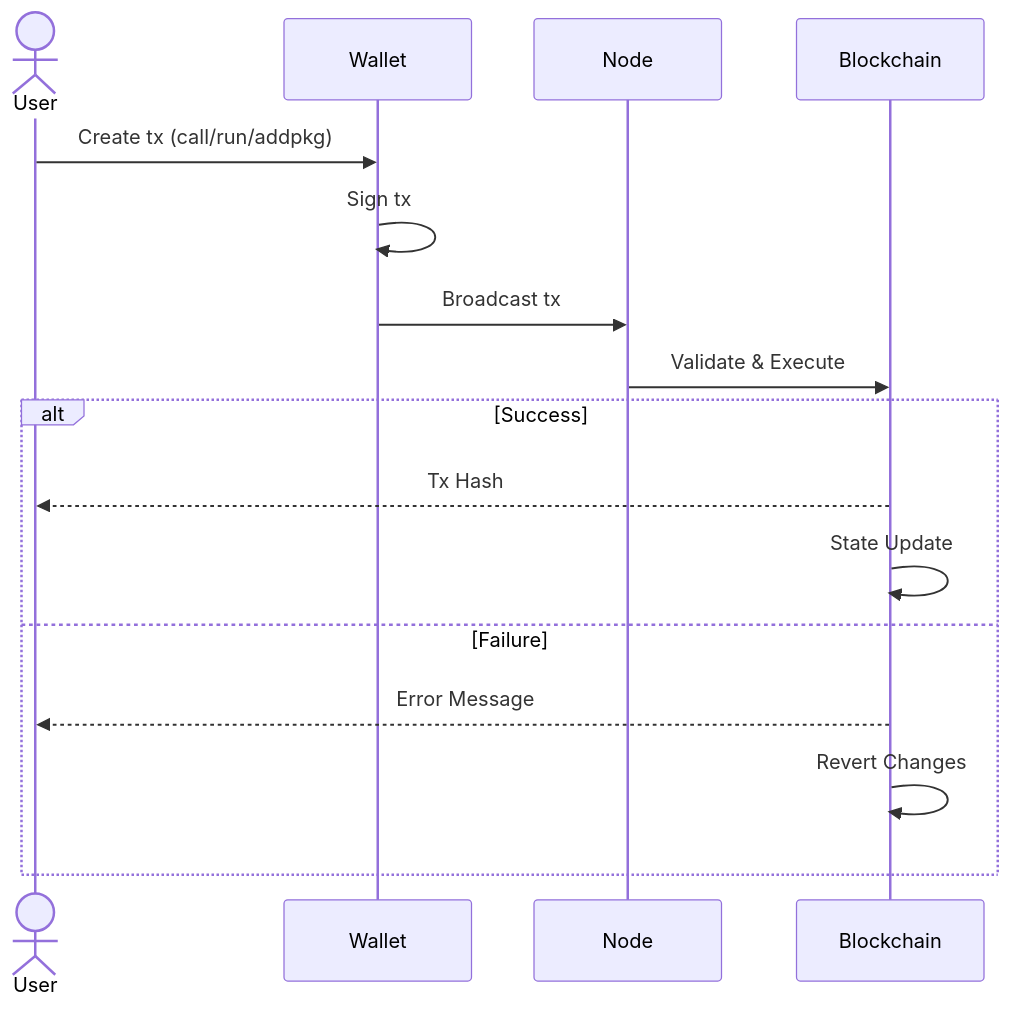
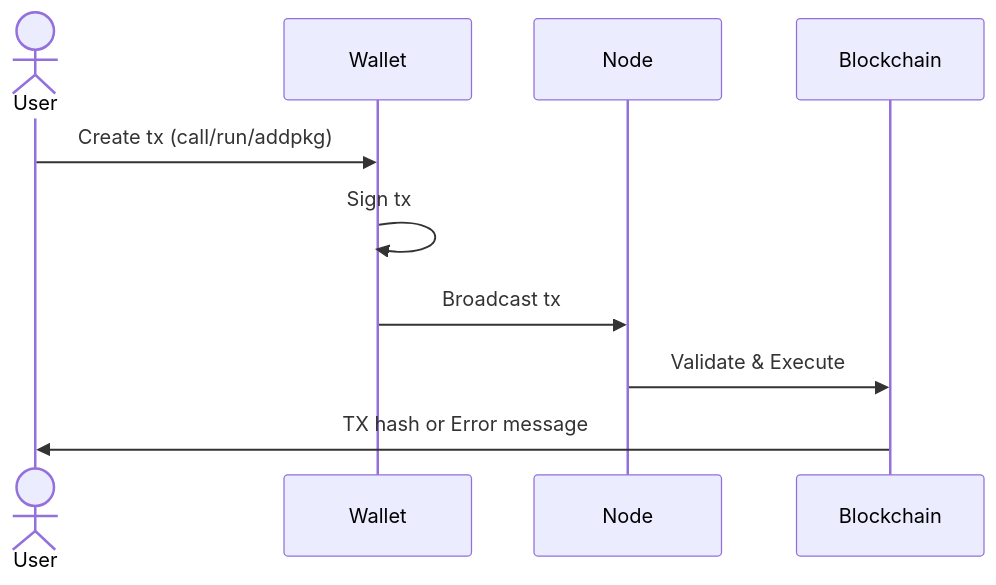
Before and after one commit to samouraiworld/peerdev: the diagram in gno-tutorials/short-video/how2transaction/slides.md, drawn with Mermaid. The commit also changed other lines of this file, not shown here.

````diff
--- a/gno-tutorials/short-video/how2transaction/slides.md
+++ b/gno-tutorials/short-video/how2transaction/slides.md
@@ -196,19 +163,13 @@
-```mermaid {scale: 0.6}
+```mermaid 
 sequenceDiagram
     actor U as User
     participant W as Wallet
     participant N as Node
     participant B as Blockchain
     
     U->>W: Create tx (call/run/addpkg)
     W->>W: Sign tx
     W->>N: Broadcast tx
     N->>B: Validate & Execute
-    alt Success
-        B-->>U: Tx Hash
-        B->>B: State Update
-    else Failure
-        B-->>U: Error Message
-        B->>B: Revert Changes
-    end
+    B->>U: TX hash or Error message
 ```
````
